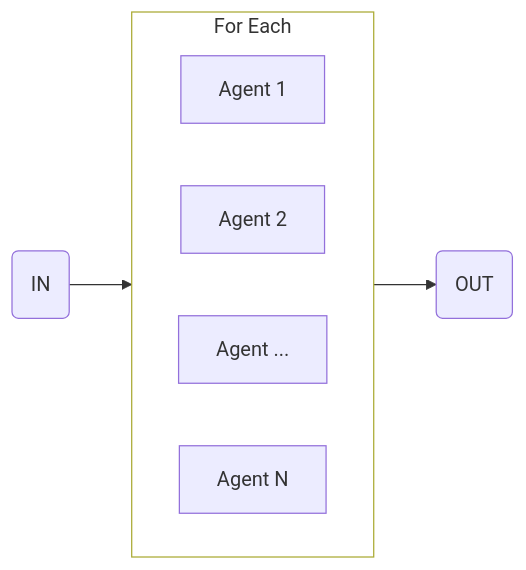
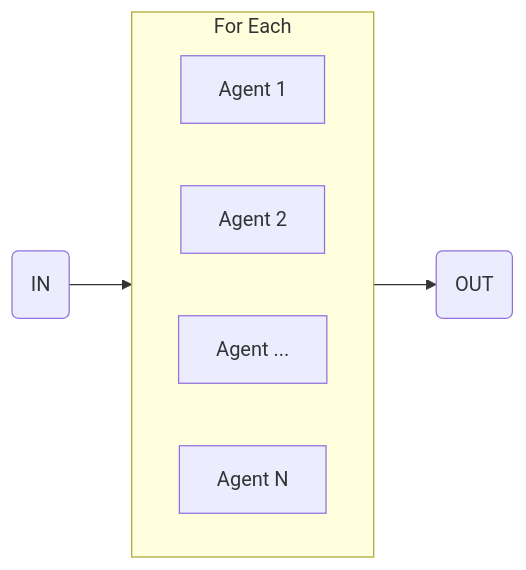
The diagram in docs/src/content/docs/flows/for-each.mdx (callstackincubator/flows-ai), drawn with Mermaid before and after one commit. The commit also changed other lines of this file and 14 other files, not shown here.

````diff
--- a/docs/src/content/docs/flows/for-each.mdx
+++ b/docs/src/content/docs/flows/for-each.mdx
@@ -8,13 +10,12 @@
 ```mermaid
-%%{init: {'themeVariables': { 'clusterBkg': 'transparent' }}}%%
 flowchart LR
     IN("IN") --> forEach
     subgraph forEach [For Each]
         direction LR
         B["Agent 1"]
         C["Agent 2"]
         D["Agent ..."]
         E["Agent N"]
     end
     forEach --> OUT("OUT")
 ```
````
